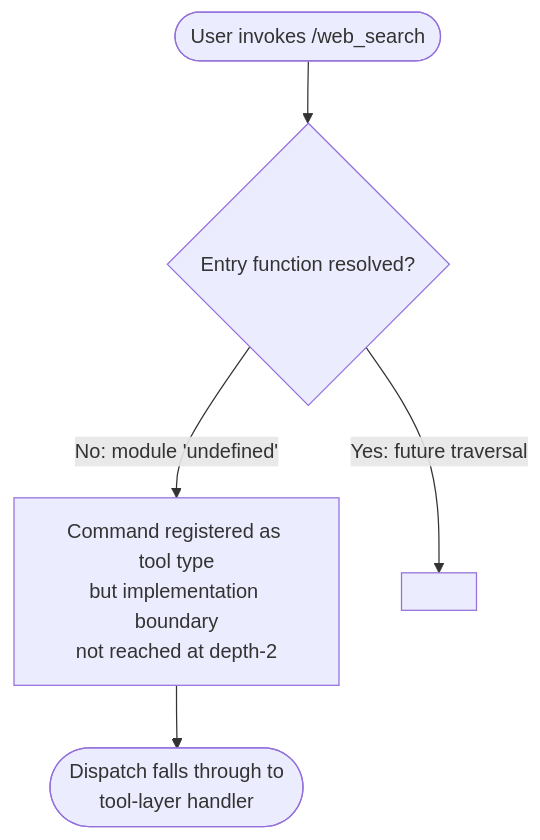
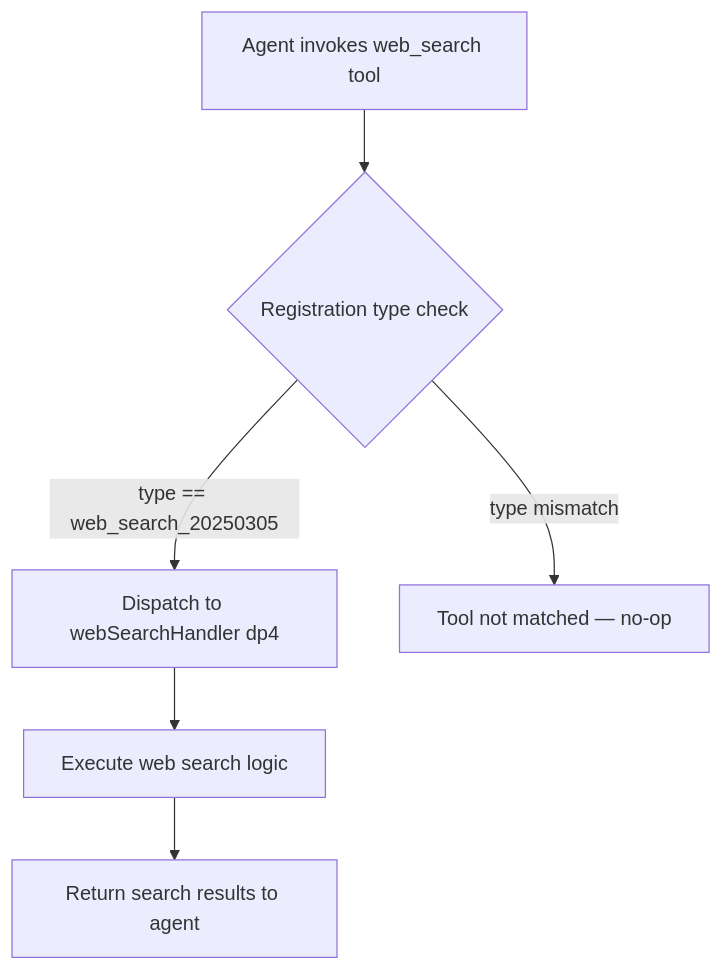
The diagram in versions/v2.1.158/web_search.md (MyLittleLuckyDog/cc-gnothi), drawn with Mermaid before and after one commit. The commit also changed other lines of this file and 593 other files, not shown here.

````diff
--- a/versions/v2.1.158/web_search.md
+++ b/versions/v2.1.158/web_search.md
@@ -48,7 +60,8 @@
 ```mermaid
 flowchart TD
-    A([User invokes /web_search]) --> B{Entry function resolved?}
-    B -- No: module 'undefined' --> C[Command registered as tool type\nbut implementation boundary\nnot reached at depth-2]
-    B -- Yes: future traversal --> D[<!-- TODO: not found in depth-2 traversal; needs --depth 4 -->]
-    C --> E([Dispatch falls through to\ntool-layer handler])
+    A[Agent invokes web_search tool] --> B{Registration type check}
+    B -->|type == web_search_20250305| C[Dispatch to webSearchHandler dp4]
+    B -->|type mismatch| D[Tool not matched — no-op]
+    C --> E[Execute web search logic]
+    E --> F[Return search results to agent]
 ```
````
